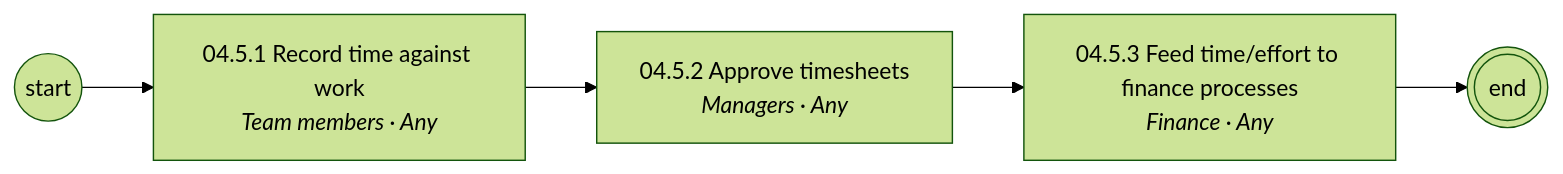
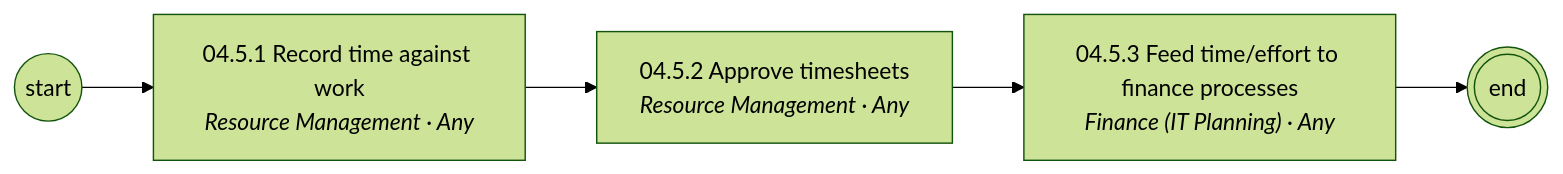
Before and after one commit to corbyjames/apptio-process-catalog: the sixth of 6 diagrams in diagrams/mermaid/area-04.md, drawn with Mermaid (forest theme). The commit also changed other lines of this file and 251 other files, not shown here.

````diff
--- a/diagrams/mermaid/area-04.md
+++ b/diagrams/mermaid/area-04.md
@@ -83,11 +83,11 @@
 ```mermaid
 flowchart LR
   S((start))
-  N04_5_1["04.5.1 Record time against work<br/><i>Team members · Any</i>"]
+  N04_5_1["04.5.1 Record time against work<br/><i>Resource Management · Any</i>"]
   S --> N04_5_1
-  N04_5_2["04.5.2 Approve timesheets<br/><i>Managers · Any</i>"]
+  N04_5_2["04.5.2 Approve timesheets<br/><i>Resource Management · Any</i>"]
   N04_5_1 --> N04_5_2
-  N04_5_3["04.5.3 Feed time/effort to finance processes<br/><i>Finance · Any</i>"]
+  N04_5_3["04.5.3 Feed time/effort to finance processes<br/><i>Finance (IT Planning) · Any</i>"]
   N04_5_2 --> N04_5_3
   N04_5_3 --> E(((end)))
 ```
````
